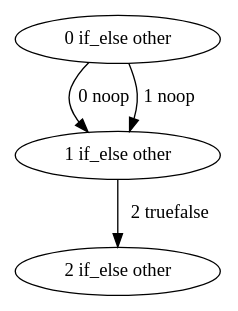
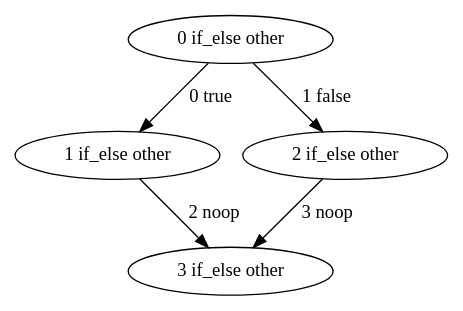
One commit to mohe2015/zero-cost-templating changed the diagram in zero-cost-templating/if_else.dot. Above: the diagram before and after it, drawn with Graphviz. The commit also changed 2 other files, not shown here.

```diff
--- a/zero-cost-templating/if_else.dot
+++ b/zero-cost-templating/if_else.dot
@@ -1,8 +1,10 @@
 digraph {
     0 [ label = "0 if_else other"]
     1 [ label = "1 if_else other"]
     2 [ label = "2 if_else other"]
-    0 -> 1 [ label = "0 noop"]
-    0 -> 1 [ label = "1 noop"]
-    1 -> 2 [ label = "2 truefalse"]
+    3 [ label = "3 if_else other"]
+    0 -> 1 [ label = "0 true"]
+    0 -> 2 [ label = "1 false"]
+    1 -> 3 [ label = "2 noop"]
+    2 -> 3 [ label = "3 noop"]
 }
```
